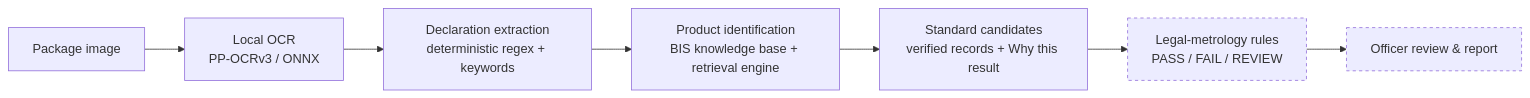
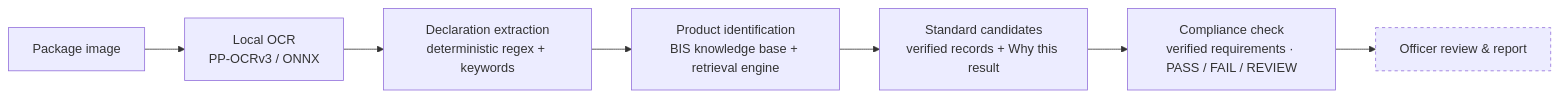
One commit to Anish-185/sih26 changed the diagram in README.md. Above: the diagram before and after it, drawn with Mermaid. The commit also changed other lines of this file and 12 other files, not shown here.

First line of the commit message:
Deterministic compliance engine over verified requirements

````diff
--- a/README.md
+++ b/README.md
@@ -43,12 +43,11 @@
 ```mermaid
 flowchart LR
     IMG[Package image] --> OCR[Local OCR<br/>PP-OCRv3 / ONNX]
     OCR --> DECL[Declaration extraction<br/>deterministic regex + keywords]
     DECL --> CLS[Product identification<br/>BIS knowledge base + retrieval engine]
     CLS --> STD[Standard candidates<br/>verified records + Why this result]
-    STD --> LM[Legal-metrology rules<br/>PASS / FAIL / REVIEW]
+    STD --> LM[Compliance check<br/>verified requirements · PASS / FAIL / REVIEW]
     LM --> RPT[Officer review & report]
 
-    style LM stroke-dasharray: 4 4
     style RPT stroke-dasharray: 4 4
 ```
````
